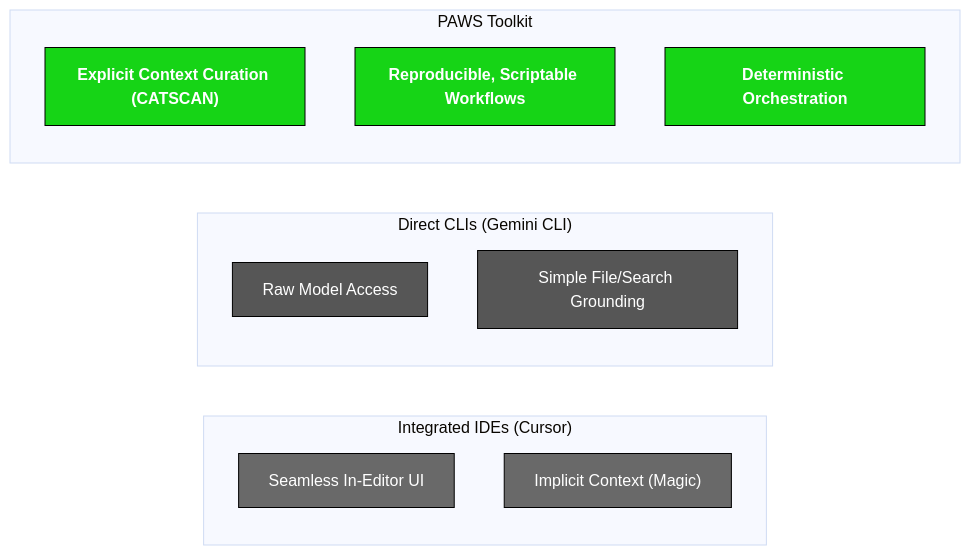
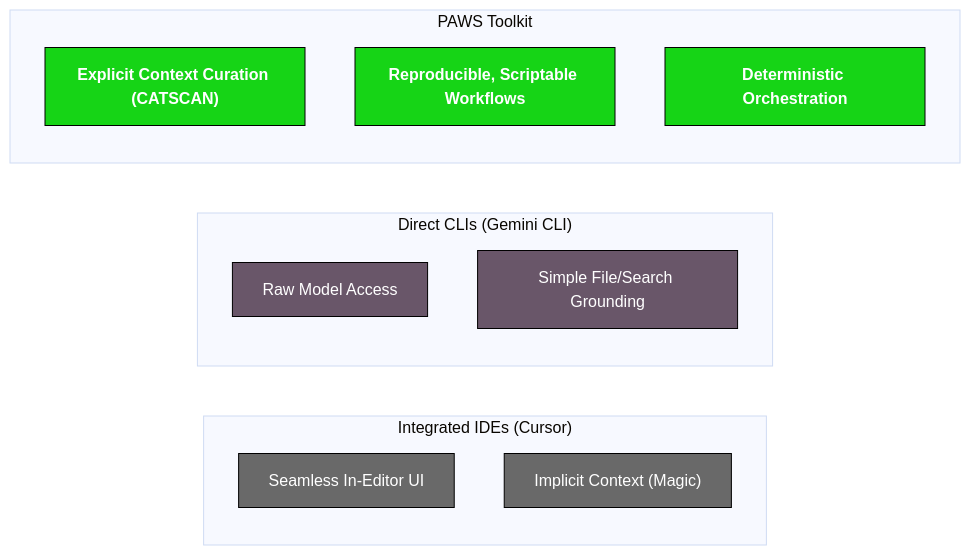
Before and after one commit to clocksmith/paws: the first of 3 diagrams in README.md, drawn with Mermaid (base theme).

````diff
--- a/README.md
+++ b/README.md
@@ -13,23 +13,23 @@
 ```mermaid
 graph LR
     subgraph "Integrated IDEs (Cursor)"
         A1["Seamless In-Editor UI"]
         A2["Implicit Context (Magic)"]
     end
     subgraph "Direct CLIs (Gemini CLI)"
         B1["Raw Model Access"]
         B2["Simple File/Search Grounding"]
     end
     subgraph "PAWS Toolkit"
         C1["<b>Explicit Context Curation (CATSCAN)</b>"]
         C2["<b>Reproducible, Scriptable Workflows</b>"]
         C3["<b>Deterministic Orchestration</b>"]
     end
 
     classDef paws fill:#16D416,stroke:#000,color:#fff;
     classDef ide fill:#696969,stroke:#000,color:#fff;
-    classDef cli fill:#565656,stroke:#000,color:#fff;
+    classDef cli fill:#695669,stroke:#000,color:#fff;
     class A1,A2 ide;
     class B1,B2 cli;
     class C1,C2,C3 paws;
 ```
````
